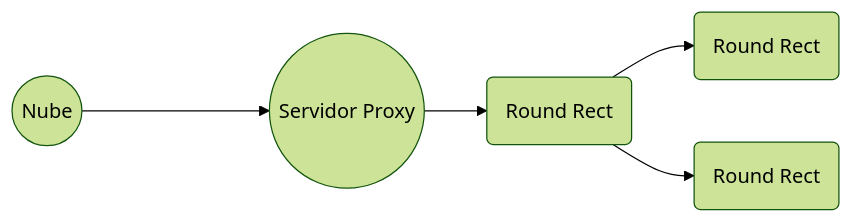
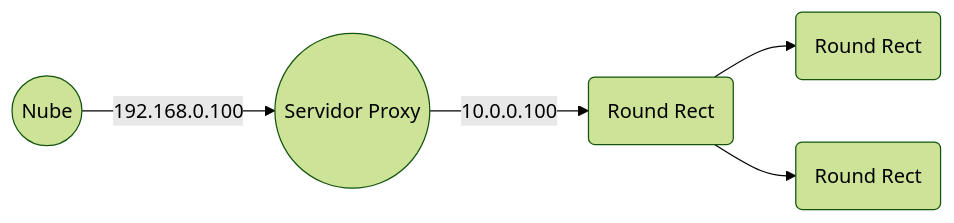
The second of 3 diagrams in TP_INFRA.md (eavurela/infra_cloud), drawn with Mermaid (forest theme) before and after one commit. The commit also changed other lines of this file, not shown here.

Commit message:
TP_INFRA.md updated from https://stackedit.io/

````diff
--- a/TP_INFRA.md
+++ b/TP_INFRA.md
@@ -406,10 +406,10 @@
 ```mermaid
 graph LR
 A((Nube))
-----> B((Servidor Proxy))
-B --> C(Round Rect)
+--192.168.0.100--> B((Servidor Proxy))
+B --10.0.0.100--> C(Round Rect)
 C --> D(Round Rect)
 C --> E(Round Rect)
 
 
 ```
````
